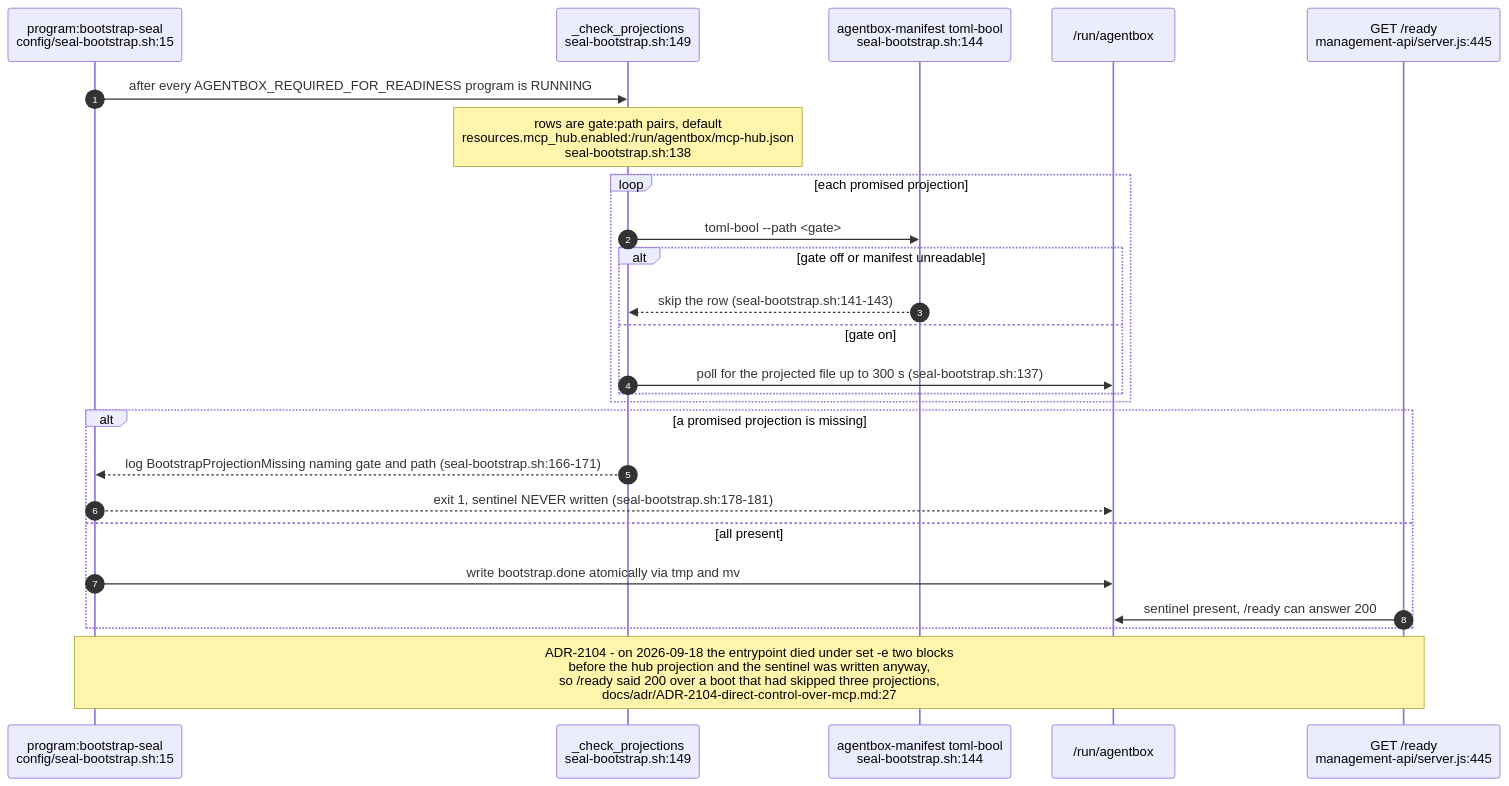
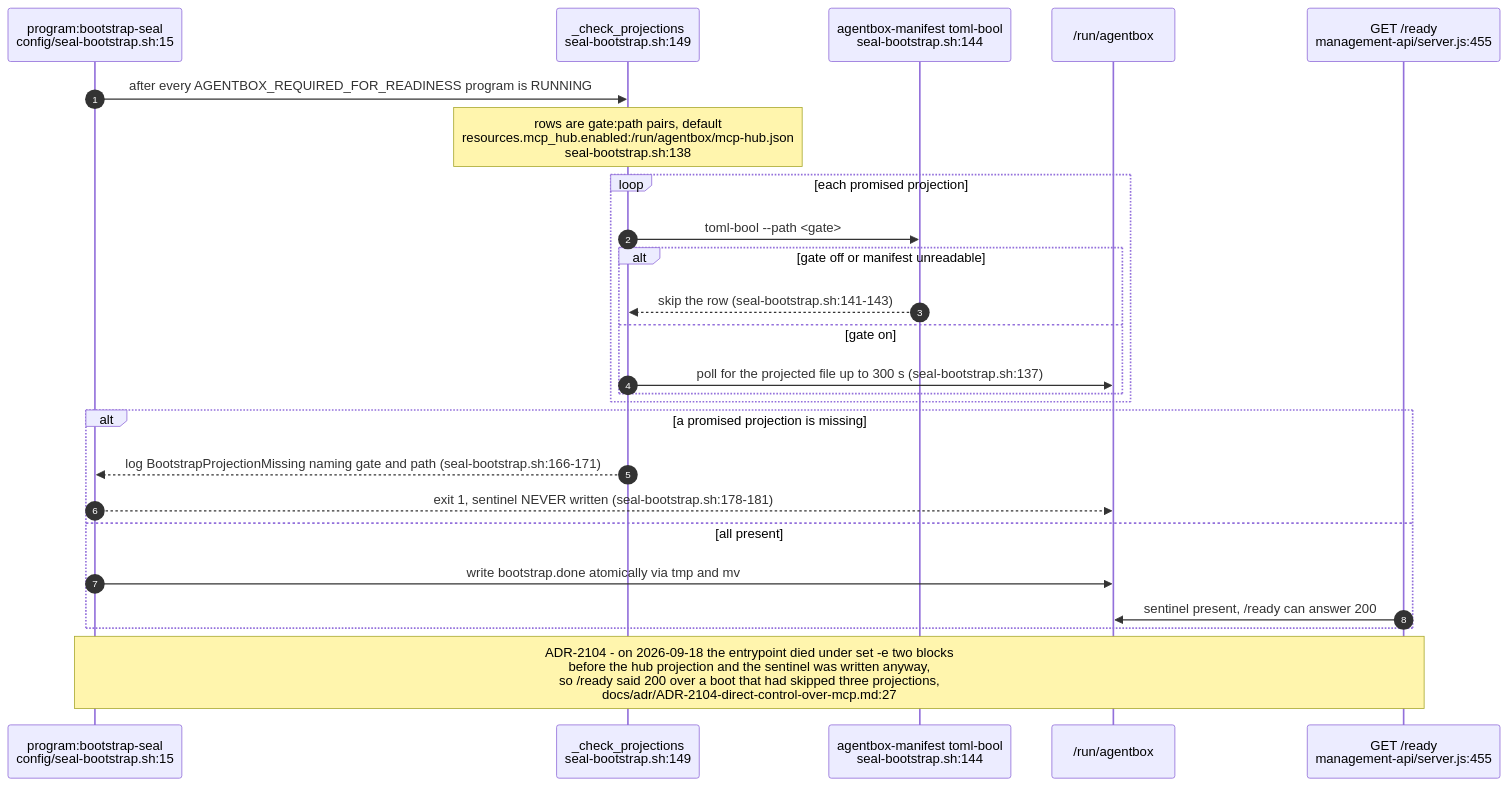
Diagram 19 of 20 in docs/diagrams/agentbox/02-boot-sequence-and-readiness.md (DreamLab-AI/VisionFlow), drawn with Mermaid before and after one commit. The commit also changed other lines of this file and 94 other files, not shown here.

First line of the commit message:
docs(diagrams): re-verify 130 topics against 2 October HEADs

````diff
--- a/docs/diagrams/agentbox/02-boot-sequence-and-readiness.md
+++ b/docs/diagrams/agentbox/02-boot-sequence-and-readiness.md
@@ -638,28 +646,28 @@
 ```mermaid
 sequenceDiagram
     autonumber
     participant SEAL as program:bootstrap-seal<br/>config/seal-bootstrap.sh:15
     participant CP as _check_projections<br/>seal-bootstrap.sh:149
     participant AM as agentbox-manifest toml-bool<br/>seal-bootstrap.sh:144
     participant FS as /run/agentbox
-    participant RDY as GET /ready<br/>management-api/server.js:445
+    participant RDY as GET /ready<br/>management-api/server.js:455
 
     SEAL->>CP: after every AGENTBOX_REQUIRED_FOR_READINESS program is RUNNING
     Note over CP: rows are gate:path pairs, default<br/>resources.mcp_hub.enabled:/run/agentbox/mcp-hub.json<br/>seal-bootstrap.sh:138
     loop each promised projection
         CP->>AM: toml-bool --path <gate>
         alt gate off or manifest unreadable
             AM-->>CP: skip the row (seal-bootstrap.sh:141-143)
         else gate on
             CP->>FS: poll for the projected file up to 300 s (seal-bootstrap.sh:137)
         end
     end
     alt a promised projection is missing
         CP-->>SEAL: log BootstrapProjectionMissing naming gate and path (seal-bootstrap.sh:166-171)
         SEAL-->>FS: exit 1, sentinel NEVER written (seal-bootstrap.sh:178-181)
     else all present
         SEAL->>FS: write bootstrap.done atomically via tmp and mv
         RDY->>FS: sentinel present, /ready can answer 200
     end
     Note over SEAL,RDY: ADR-2104 - on 2026-09-18 the entrypoint died under set -e two blocks<br/>before the hub projection and the sentinel was written anyway,<br/>so /ready said 200 over a boot that had skipped three projections,<br/>docs/adr/ADR-2104-direct-control-over-mcp.md:27
 ```
````
